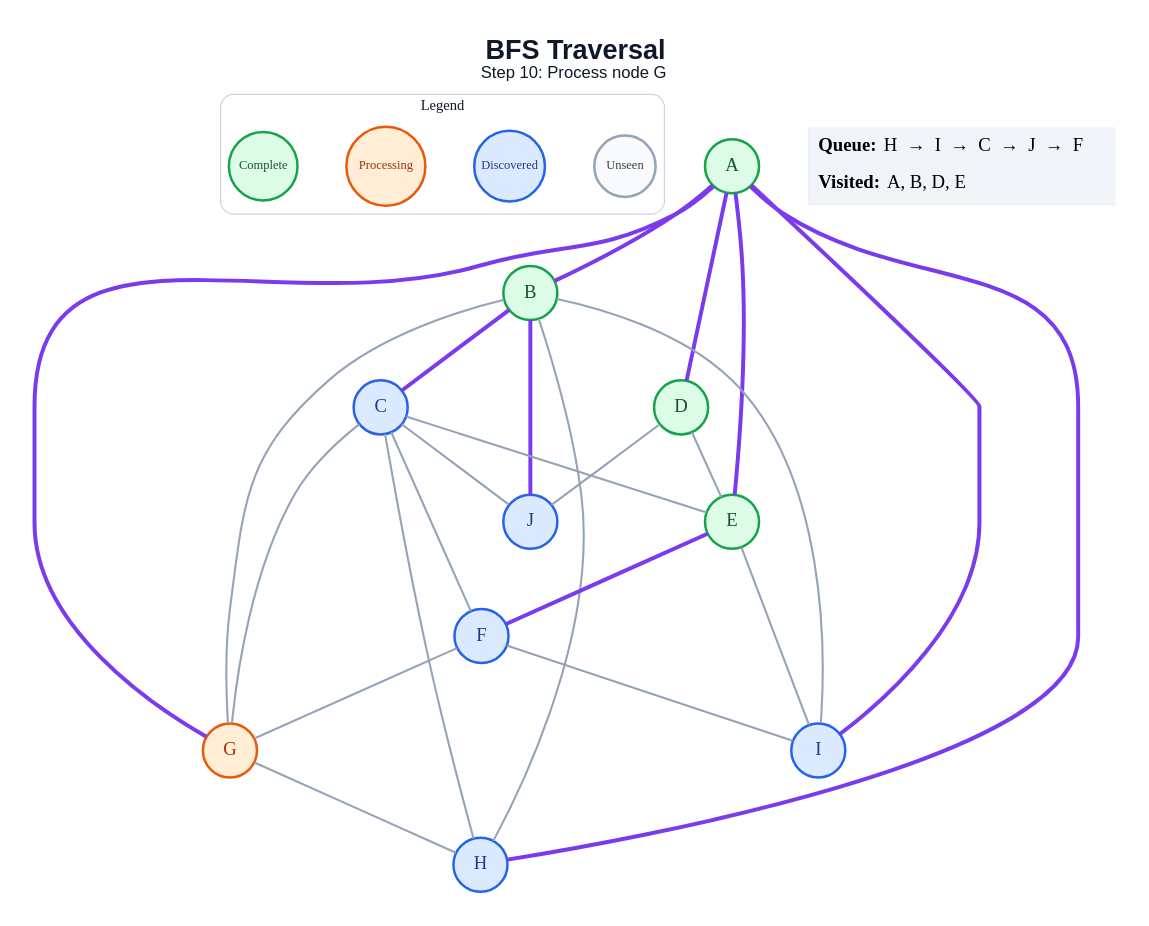
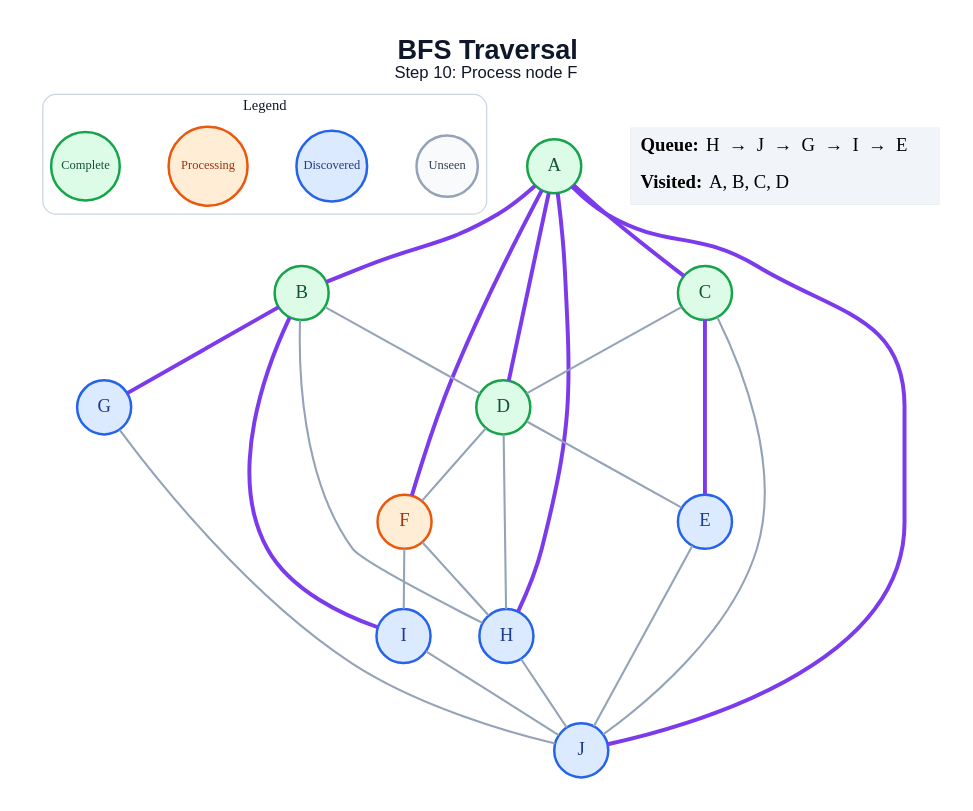
The diagram in generated/bfs/step_10.dot (amanghodawala9/ai-slop), drawn with Graphviz before and after one commit. The commit also changed 178 other files, not shown here.

```diff
--- a/generated/bfs/step_10.dot
+++ b/generated/bfs/step_10.dot
@@ -1,52 +1,51 @@
 graph traversal {
   graph [layout=dot, rankdir=TB, bgcolor="#FFFFFF", pad="0.35", nodesep="0.65", ranksep="0.8", fontname="Arial"];
   node [shape=circle, style="filled", fontname="Arial Bold", fontsize=18, width=0.72, fixedsize=true, penwidth=2.4];
   edge [color="#94A3B8", penwidth=2.0];
-  label=<<B>BFS Traversal</B><BR/><FONT POINT-SIZE="16">Step 10: Process node G</FONT>>; labelloc="t"; fontsize=26; fontname="Arial"; fontcolor="#0F172A";
+  label=<<B>BFS Traversal</B><BR/><FONT POINT-SIZE="16">Step 10: Process node F</FONT>>; labelloc="t"; fontsize=26; fontname="Arial"; fontcolor="#0F172A";
   subgraph cluster_legend { label="Legend"; color="#CBD5E1"; penwidth=1.2; style="rounded"; fontsize=14; fontname="Arial Bold";
     key_unseen [label="Unseen", fillcolor="#F8FAFC", color="#94A3B8", fontcolor="#334155", fontsize=12, width=0.82];
     key_frontier [label="Discovered", fillcolor="#DBEAFE", color="#2563EB", fontcolor="#1E3A8A", fontsize=12, width=0.95];
     key_current [label="Processing", fillcolor="#FFEDD5", color="#EA580C", fontcolor="#9A3412", fontsize=12, width=1.05];
     key_done [label="Complete", fillcolor="#DCFCE7", color="#16A34A", fontcolor="#14532D", fontsize=12, width=0.92];
     { rank=same; key_unseen; key_frontier; key_current; key_done; }
   }
   A [fillcolor="#DCFCE7", color="#16A34A", fontcolor="#14532D"];
   B [fillcolor="#DCFCE7", color="#16A34A", fontcolor="#14532D"];
-  C [fillcolor="#DBEAFE", color="#2563EB", fontcolor="#1E3A8A"];
+  C [fillcolor="#DCFCE7", color="#16A34A", fontcolor="#14532D"];
   D [fillcolor="#DCFCE7", color="#16A34A", fontcolor="#14532D"];
-  E [fillcolor="#DCFCE7", color="#16A34A", fontcolor="#14532D"];
-  F [fillcolor="#DBEAFE", color="#2563EB", fontcolor="#1E3A8A"];
-  G [fillcolor="#FFEDD5", color="#EA580C", fontcolor="#9A3412"];
+  E [fillcolor="#DBEAFE", color="#2563EB", fontcolor="#1E3A8A"];
+  F [fillcolor="#FFEDD5", color="#EA580C", fontcolor="#9A3412"];
+  G [fillcolor="#DBEAFE", color="#2563EB", fontcolor="#1E3A8A"];
   H [fillcolor="#DBEAFE", color="#2563EB", fontcolor="#1E3A8A"];
   I [fillcolor="#DBEAFE", color="#2563EB", fontcolor="#1E3A8A"];
   J [fillcolor="#DBEAFE", color="#2563EB", fontcolor="#1E3A8A"];
   A -- B [color="#7C3AED", penwidth=3.8];
+  A -- C [color="#7C3AED", penwidth=3.8];
   A -- D [color="#7C3AED", penwidth=3.8];
-  A -- E [color="#7C3AED", penwidth=3.8];
-  A -- G [color="#7C3AED", penwidth=3.8];
+  A -- F [color="#7C3AED", penwidth=3.8];
   A -- H [color="#7C3AED", penwidth=3.8];
-  A -- I [color="#7C3AED", penwidth=3.8];
-  B -- C [color="#7C3AED", penwidth=3.8];
-  B -- G;
+  A -- J [color="#7C3AED", penwidth=3.8];
+  B -- D;
+  B -- G [color="#7C3AED", penwidth=3.8];
   B -- H;
-  B -- I;
-  B -- J [color="#7C3AED", penwidth=3.8];
-  C -- E;
-  C -- F;
-  C -- G;
-  C -- H;
+  B -- I [color="#7C3AED", penwidth=3.8];
+  C -- D;
+  C -- E [color="#7C3AED", penwidth=3.8];
   C -- J;
   D -- E;
-  D -- J;
-  E -- F [color="#7C3AED", penwidth=3.8];
-  E -- I;
-  F -- G;
+  D -- F;
+  D -- H;
+  E -- J;
+  F -- H;
   F -- I;
-  G -- H;
+  G -- J;
+  H -- J;
+  I -- J;
   status [shape=plain, fixedsize=false, width=0, height=0, margin=0, label=<
     <TABLE BORDER="0" CELLBORDER="0" CELLPADDING="7" BGCOLOR="#F1F5F9">
-      <TR><TD ALIGN="LEFT"><B>Queue:</B> H  →  I  →  C  →  J  →  F</TD></TR>
-      <TR><TD ALIGN="LEFT"><B>Visited:</B> A, B, D, E</TD></TR>
+      <TR><TD ALIGN="LEFT"><B>Queue:</B> H  →  J  →  G  →  I  →  E</TD></TR>
+      <TR><TD ALIGN="LEFT"><B>Visited:</B> A, B, C, D</TD></TR>
     </TABLE>
   >];
 }
```
